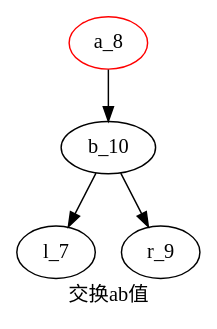
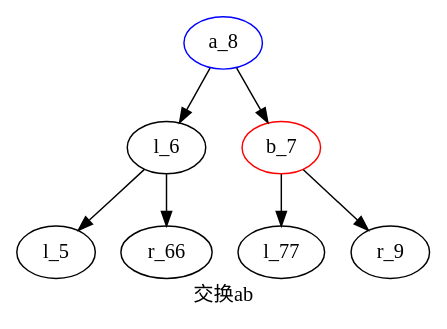
Before and after one commit to UACurry/dsk: the second of 3 diagrams in struct/tree/理解.md, drawn with Graphviz. The commit also changed other lines of this file and 1 other file, not shown here.

````diff
--- a/struct/tree/理解.md
+++ b/struct/tree/理解.md
@@ -58,8 +24,12 @@
 ```graphviz
 digraph{
-    label="交换ab值"
-    a_8[color=red]
-    b_10->l_7
-    a_8->b_10->r_9
+    label="交换ab"
+    l_6;l_77;
+    b_7[color=red]
+    a_8[color=blue]
+    a_8->l_6->l_5
+    a_8->b_7->r_9
+    b_7->l_77
+    l_6->r_66
 }
 ```
````
